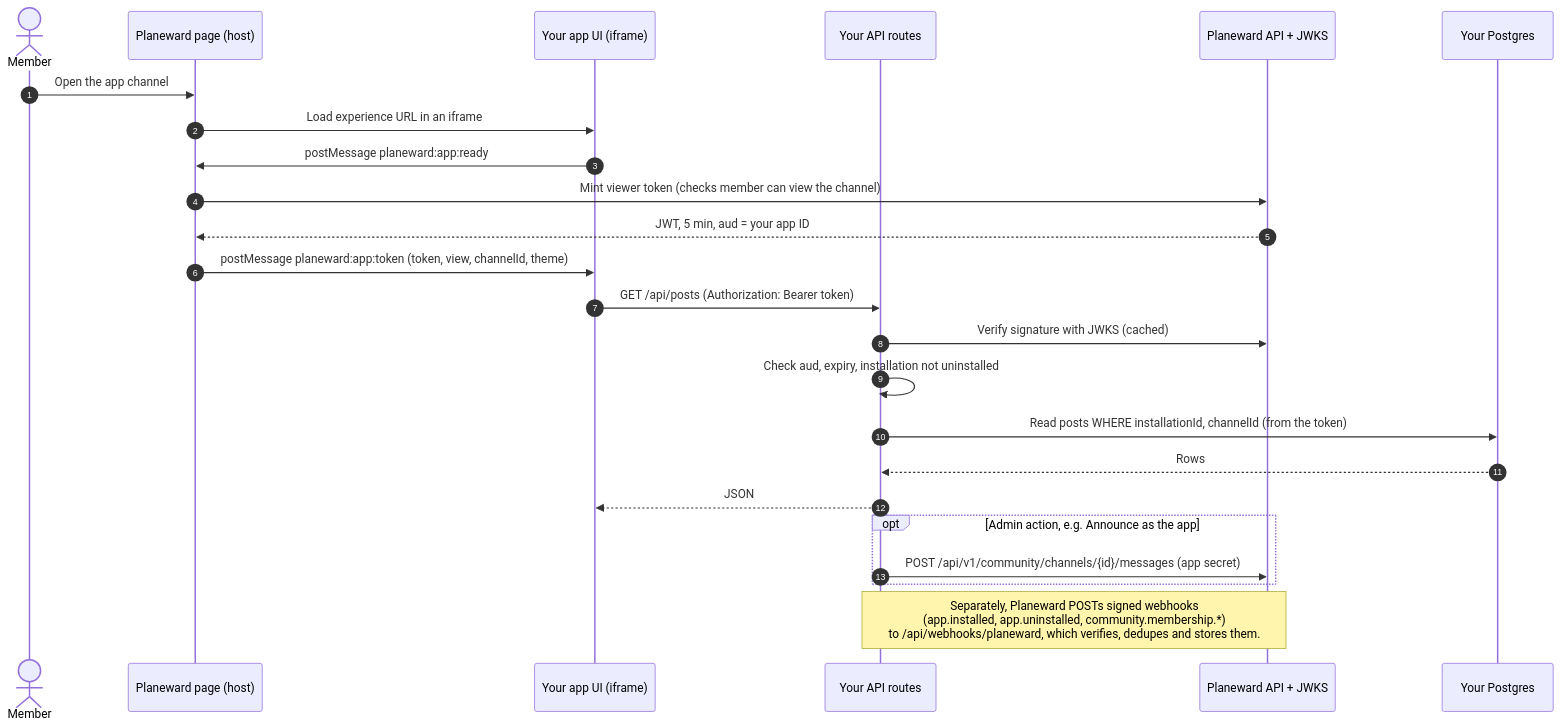
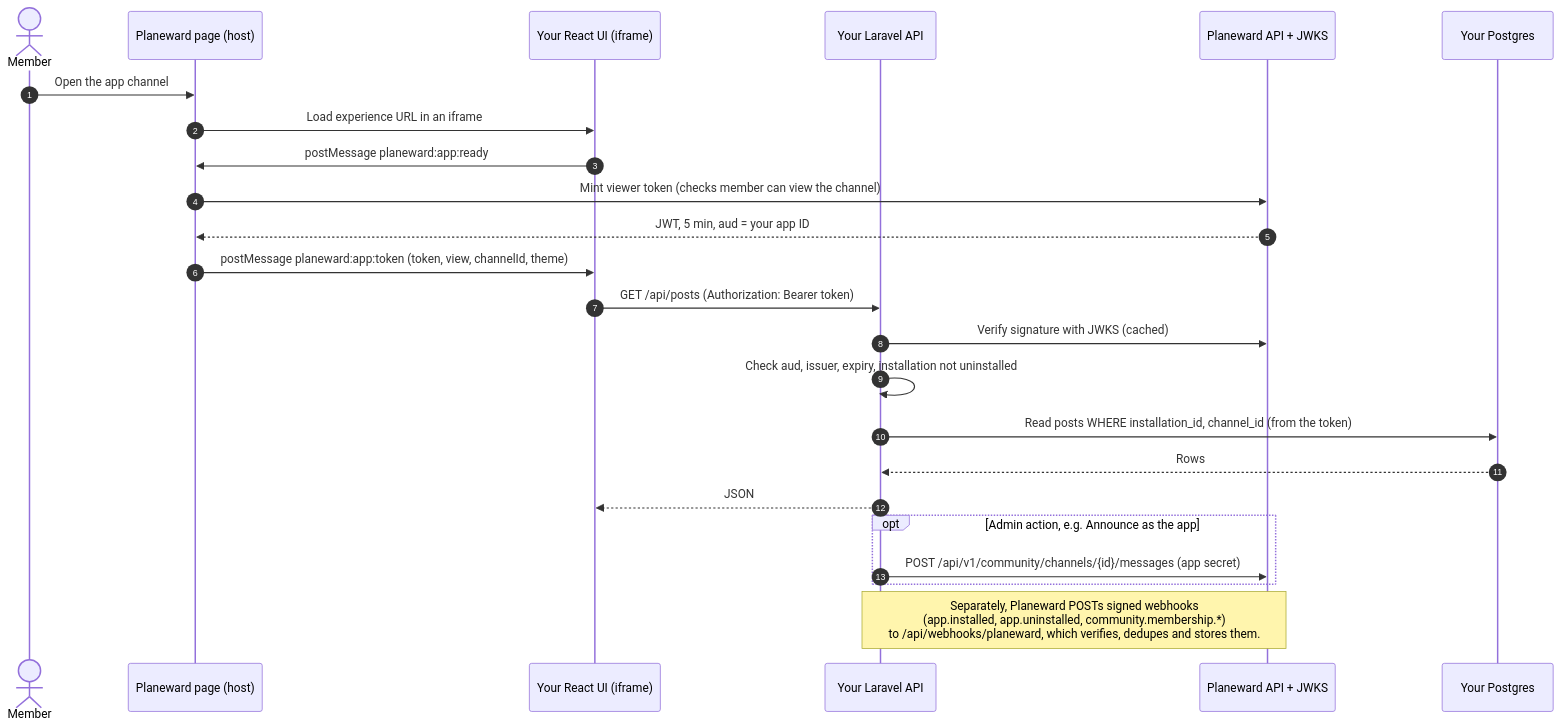
Before and after one commit to Joe-Zupo/planeward-app-template: the second of 2 diagrams in README.md, drawn with Mermaid. The commit also changed other lines of this file and 227 other files, not shown here.

````diff
--- a/README.md
+++ b/README.md
@@ -113,27 +122,27 @@
 ```mermaid
 sequenceDiagram
   autonumber
   actor Member
   participant Host as Planeward page (host)
-  participant App as Your app UI (iframe)
-  participant Server as Your API routes
+  participant App as Your React UI (iframe)
+  participant Server as Your Laravel API
   participant PW as Planeward API + JWKS
   participant DB as Your Postgres
 
   Member->>Host: Open the app channel
   Host->>App: Load experience URL in an iframe
   App->>Host: postMessage planeward:app:ready
   Host->>PW: Mint viewer token (checks member can view the channel)
   PW-->>Host: JWT, 5 min, aud = your app ID
   Host->>App: postMessage planeward:app:token (token, view, channelId, theme)
   App->>Server: GET /api/posts (Authorization: Bearer token)
   Server->>PW: Verify signature with JWKS (cached)
-  Server->>Server: Check aud, expiry, installation not uninstalled
-  Server->>DB: Read posts WHERE installationId, channelId (from the token)
+  Server->>Server: Check aud, issuer, expiry, installation not uninstalled
+  Server->>DB: Read posts WHERE installation_id, channel_id (from the token)
   DB-->>Server: Rows
   Server-->>App: JSON
   opt Admin action, e.g. Announce as the app
     Server->>PW: POST /api/v1/community/channels/{id}/messages (app secret)
   end
   Note over PW,Server: Separately, Planeward POSTs signed webhooks<br/>(app.installed, app.uninstalled, community.membership.*)<br/>to /api/webhooks/planeward, which verifies, dedupes and stores them.
 ```
````
